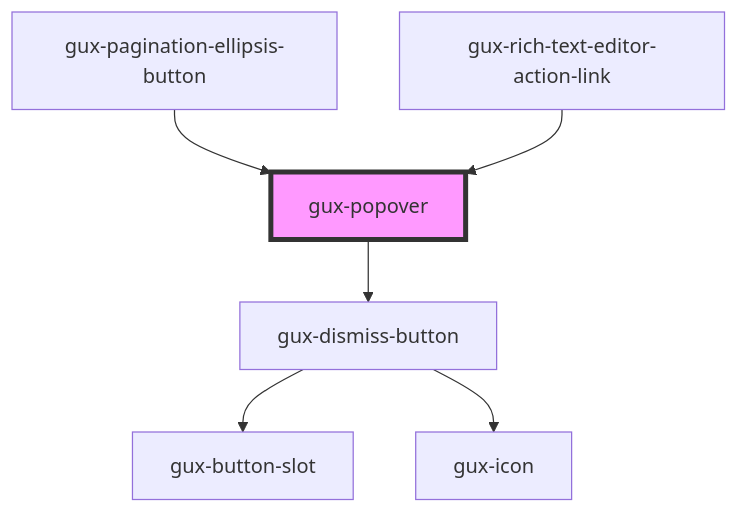
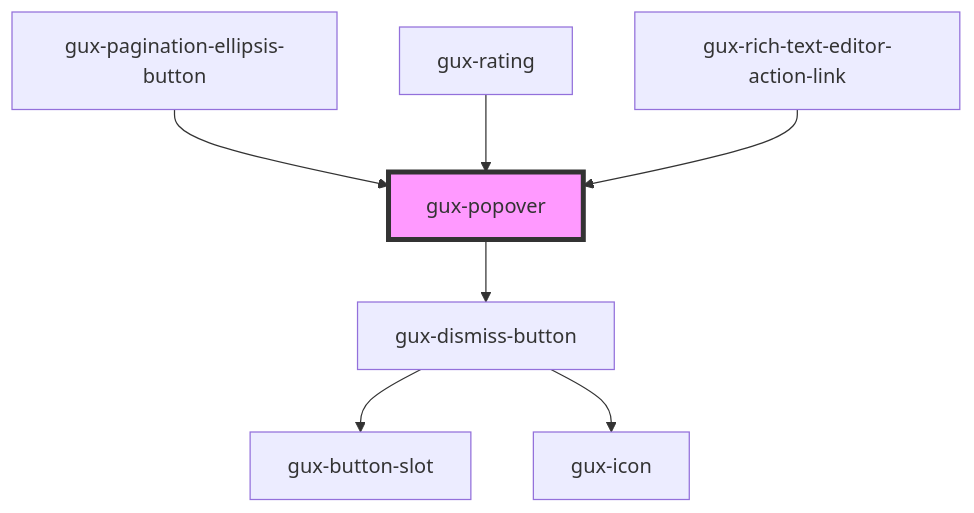
The diagram in packages/genesys-spark-components/src/components/stable/gux-popover/readme.md (MyPureCloud/genesys-spark), drawn with Mermaid before and after one commit. The commit also changed other lines of this file and 4 other files, not shown here.

````diff
--- a/packages/genesys-spark-components/src/components/stable/gux-popover/readme.md
+++ b/packages/genesys-spark-components/src/components/stable/gux-popover/readme.md
@@ -51,9 +52,10 @@
 ```mermaid
 graph TD;
   gux-popover --> gux-dismiss-button
   gux-dismiss-button --> gux-button-slot
   gux-dismiss-button --> gux-icon
   gux-pagination-ellipsis-button --> gux-popover
+  gux-rating --> gux-popover
   gux-rich-text-editor-action-link --> gux-popover
   style gux-popover fill:#f9f,stroke:#333,stroke-width:4px
 ```
````
